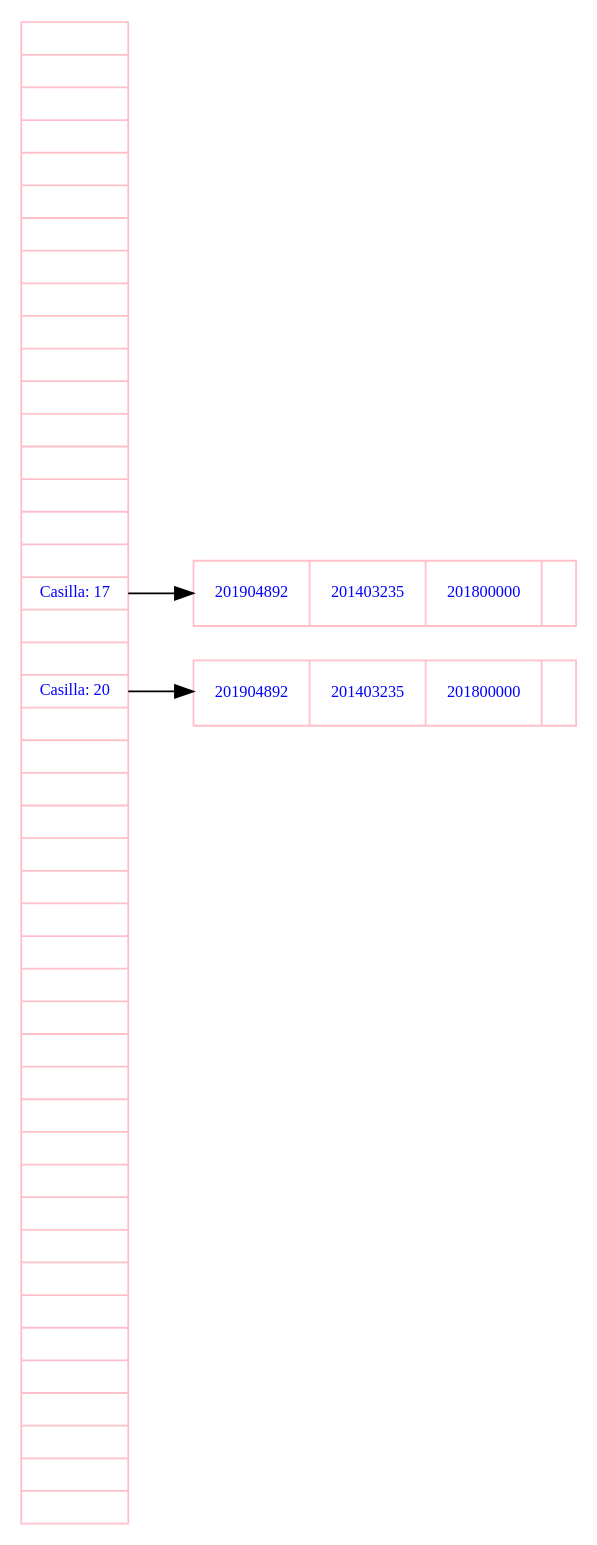
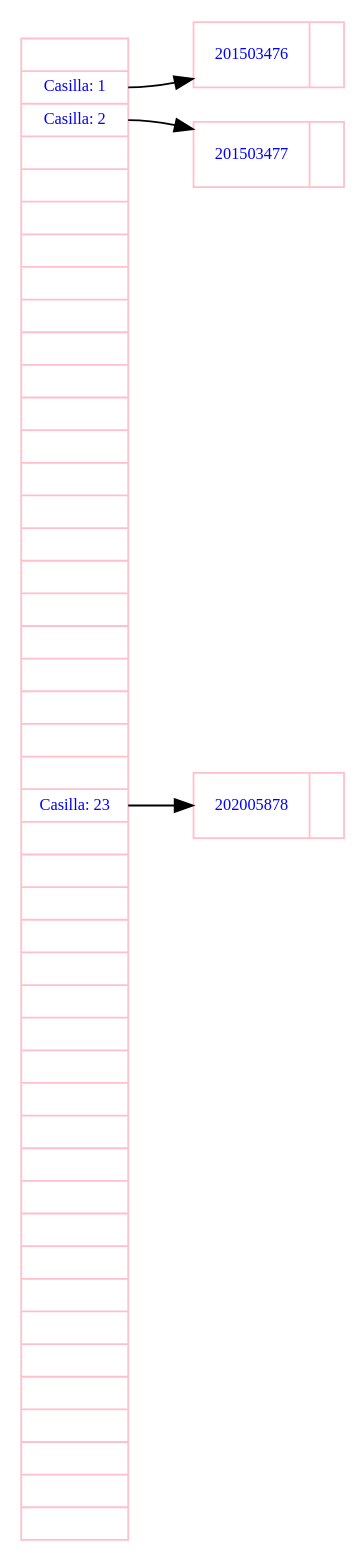
One commit to AdriGomez95/EDD_1S2020_PY2_201504236 changed the diagram in Proyecto2/TablaDispersa.dot. Above: the diagram before and after it, drawn with Graphviz. The commit also changed 43 other files, not shown here.

```diff
--- a/Proyecto2/TablaDispersa.dot
+++ b/Proyecto2/TablaDispersa.dot
@@ -1,10 +1,12 @@
 digraph G{
  node[shape=record fontsize=9 fontcolor=blue color= pink fontname = Verdana];
  rankdir=LR;
-nodeR[label="<p0>|<p1>|<p2>|<p3>|<p4>|<p5>|<p6>|<p7>|<p8>|<p9>|<p10>|<p11>|<p12>|<p13>|<p14>|<p15>|<p16>|<p17>Casilla: 17|<p18>|<p19>|<p20>Casilla: 20|<p21>|<p22>|<p23>|<p24>|<p25>|<p26>|<p27>|<p28>|<p29>|<p30>|<p31>|<p32>|<p33>|<p34>|<p35>|<p36>|<p37>|<p38>|<p39>|<p40>|<p41>|<p42>|<p43>|<p44>|"];
-node17[label="{<p0>201904892|<p1>201403235|<p2>201800000|}"];
-nodeR:p17->node17;
-node20[label="{<p0>201904892|<p1>201403235|<p2>201800000|}"];
-nodeR:p20->node20;
+nodeR[label="<p0>|<p1>Casilla: 1|<p2>Casilla: 2|<p3>|<p4>|<p5>|<p6>|<p7>|<p8>|<p9>|<p10>|<p11>|<p12>|<p13>|<p14>|<p15>|<p16>|<p17>|<p18>|<p19>|<p20>|<p21>|<p22>|<p23>Casilla: 23|<p24>|<p25>|<p26>|<p27>|<p28>|<p29>|<p30>|<p31>|<p32>|<p33>|<p34>|<p35>|<p36>|<p37>|<p38>|<p39>|<p40>|<p41>|<p42>|<p43>|<p44>|"];
+node1[label="{<p0>201503476|}"];
+nodeR:p1->node1;
+node2[label="{<p0>201503477|}"];
+nodeR:p2->node2;
+node23[label="{<p0>202005878|}"];
+nodeR:p23->node23;
 
 }
```
